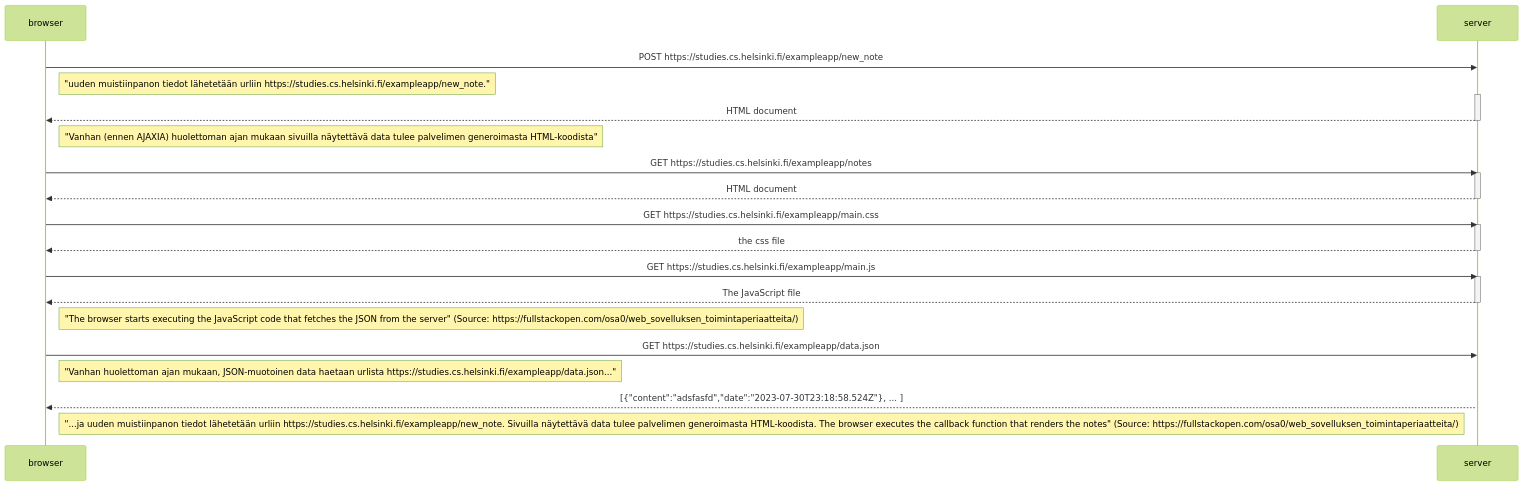
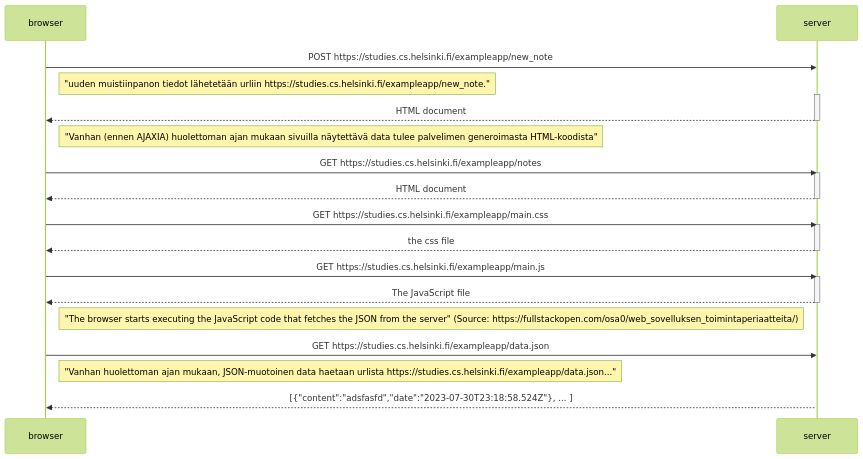
Before and after one commit to alelikak/fullstackopen: the diagram in 04.md, drawn with Mermaid (forest theme).

````diff
--- a/04.md
+++ b/04.md
@@ -1,37 +1,37 @@
 ```mermaid
 sequenceDiagram
     participant browser
     participant server
 
     browser->>server: POST https://studies.cs.helsinki.fi/exampleapp/new_note
     Note right of browser:"uuden muistiinpanon tiedot lähetetään urliin https://studies.cs.helsinki.fi/exampleapp/new_note."
     activate server
     server-->>browser: HTML document
     deactivate server
     Note right of browser:"Vanhan (ennen AJAXIA) huolettoman ajan mukaan sivuilla näytettävä data tulee palvelimen generoimasta HTML-koodista"
     
     browser->>server: GET https://studies.cs.helsinki.fi/exampleapp/notes
     activate server
     server-->>browser: HTML document
     deactivate server
     
     browser->>server: GET https://studies.cs.helsinki.fi/exampleapp/main.css
     activate server
     server-->>browser: the css file
     deactivate server
     
     
     browser->>server: GET https://studies.cs.helsinki.fi/exampleapp/main.js
     activate server
     server-->>browser: The JavaScript file
     deactivate server    
 
     Note right of browser: "The browser starts executing the JavaScript code that fetches the JSON from the server" (Source: https://fullstackopen.com/osa0/web_sovelluksen_toimintaperiaatteita/)
     
 
     browser->>server: GET https://studies.cs.helsinki.fi/exampleapp/data.json
 Note right of browser: "Vanhan huolettoman ajan mukaan, JSON-muotoinen data haetaan urlista https://studies.cs.helsinki.fi/exampleapp/data.json..."
     activate server
     server-->>browser: [{"content":"adsfasfd","date":"2023-07-30T23:18:58.524Z"}, ... ]
-    Note right of browser: "...ja uuden muistiinpanon tiedot lähetetään urliin https://studies.cs.helsinki.fi/exampleapp/new_note. Sivuilla näytettävä data tulee palvelimen generoimasta HTML-koodista. The browser executes the callback function that renders the notes" (Source: https://fullstackopen.com/osa0/web_sovelluksen_toimintaperiaatteita/)
+    
 ```
````
